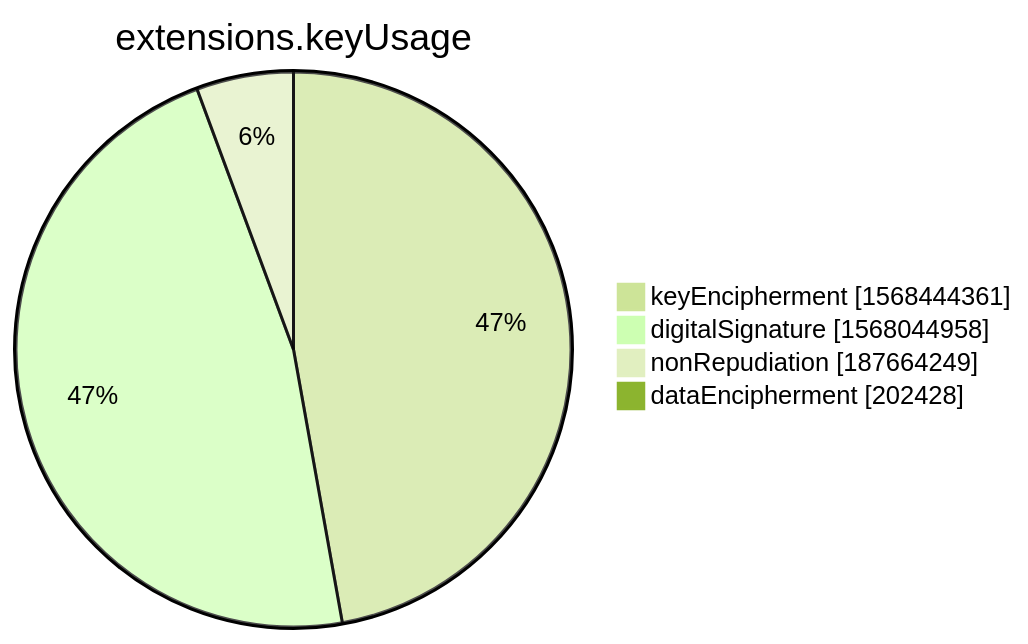
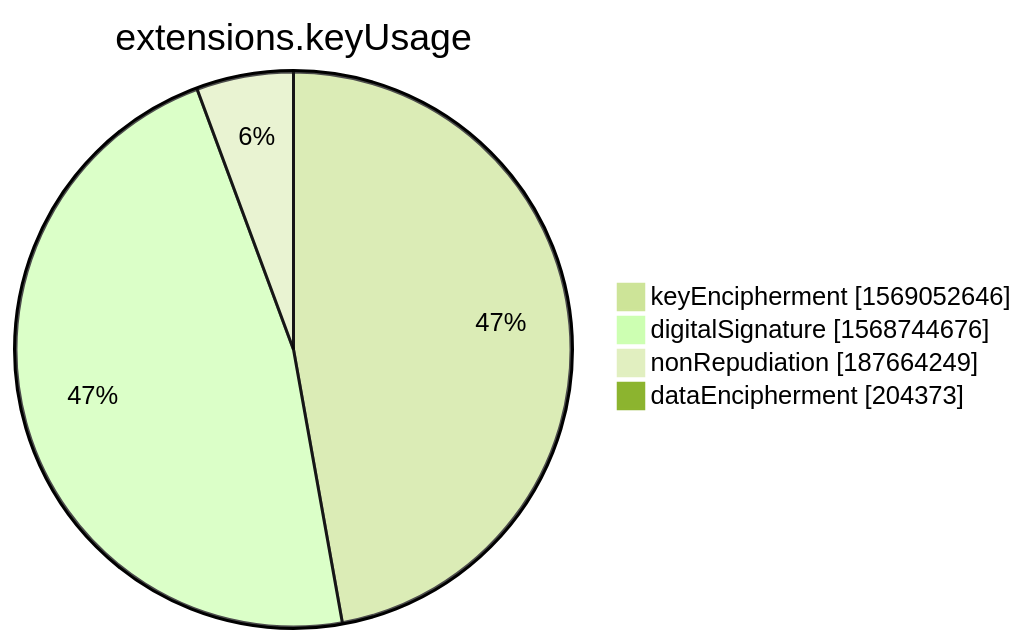
Before and after one commit to christiankrug/ctmonitor_visualization: the seventh of 15 diagrams in xenon2022/README.md, drawn with Mermaid (forest theme). The commit also changed other lines of this file, not shown here.

````diff
--- a/xenon2022/README.md
+++ b/xenon2022/README.md
@@ -2853,8 +2853,8 @@
 ```mermaid
 pie showData
 title extensions.keyUsage
-"keyEncipherment" :1568444361
-"digitalSignature" :1568044958
+"keyEncipherment" :1569052646
+"digitalSignature" :1568744676
 "nonRepudiation" :187664249
-"dataEncipherment" :202428
+"dataEncipherment" :204373
 ```
````
